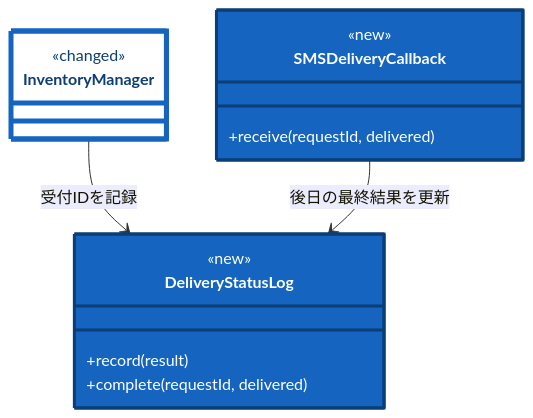
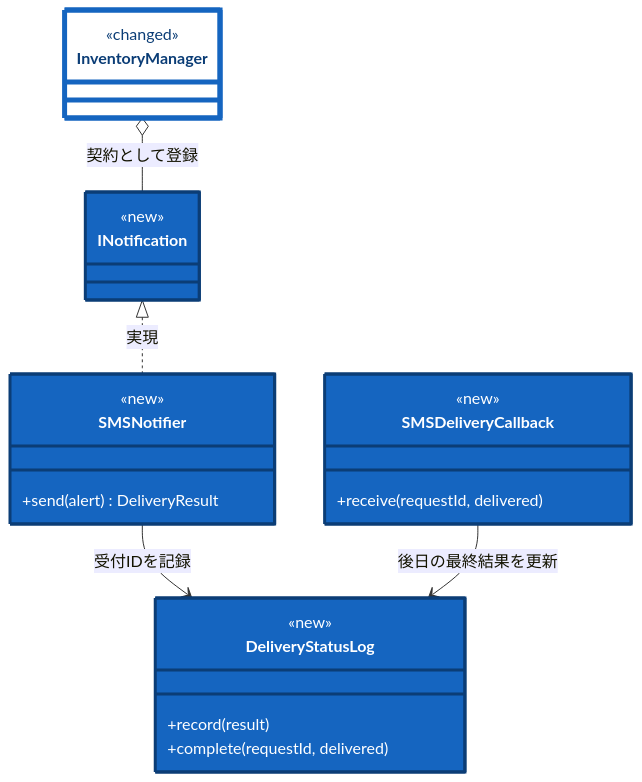
Before and after one commit to kumachan1101-pixel/DesignPattern: the tenth of 18 diagrams in kindle/design-patterns/books/volume01-core-patterns/output/05-chapter03.md, drawn with Mermaid. The commit also changed other lines of this file and 41 other files, not shown here.

````diff
--- a/kindle/design-patterns/books/volume01-core-patterns/output/05-chapter03.md
+++ b/kindle/design-patterns/books/volume01-core-patterns/output/05-chapter03.md
@@ -2009,21 +2148,31 @@
 ```mermaid
 classDiagram
     direction TB
     class InventoryManager:::touched {
         <<changed>>
+    }
+    class INotification:::added {
+        <<new>>
+        <<interface>>
+    }
+    class SMSNotifier:::added {
+        <<new>>
+        +send(alert) DeliveryResult
     }
     class DeliveryStatusLog:::added {
         <<new>>
         +record(result)
         +complete(requestId, delivered)
     }
     class SMSDeliveryCallback:::added {
         <<new>>
         +receive(requestId, delivered)
     }
-    InventoryManager --> DeliveryStatusLog : 受付IDを記録
+    InventoryManager o-- INotification : 契約として登録
+    INotification <|.. SMSNotifier : 実現
+    SMSNotifier --> DeliveryStatusLog : 受付IDを記録
     SMSDeliveryCallback --> DeliveryStatusLog : 後日の最終結果を更新
 
     classDef added fill:#1565c0,stroke:#0b3d76,stroke-width:3px,color:#ffffff;
     classDef touched fill:#ffffff,stroke:#1565c0,stroke-width:5px,color:#0b3d76;
 ```
````
